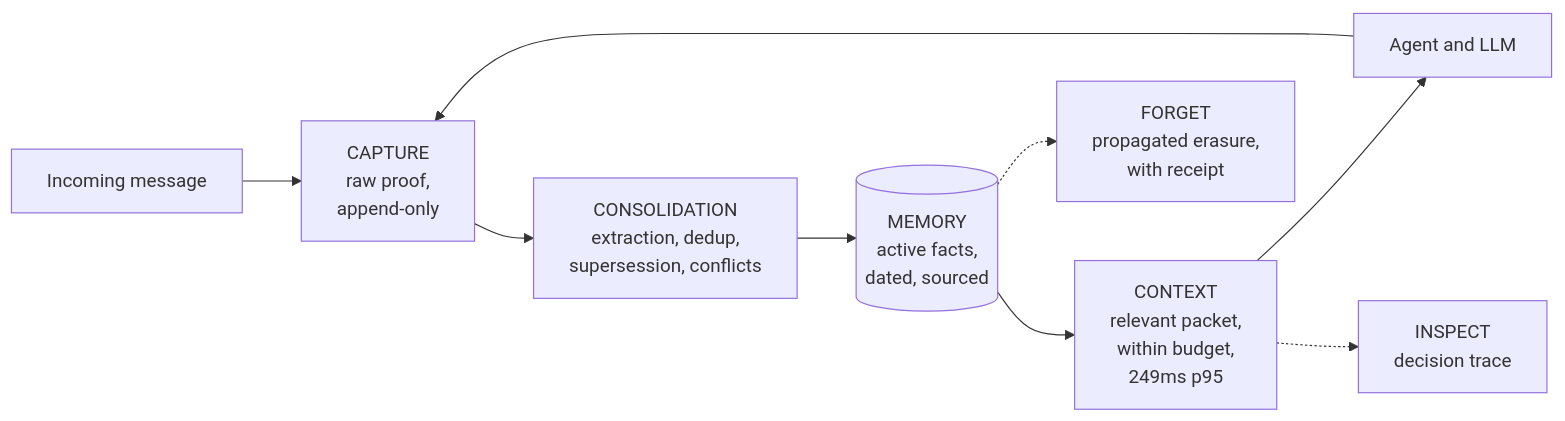
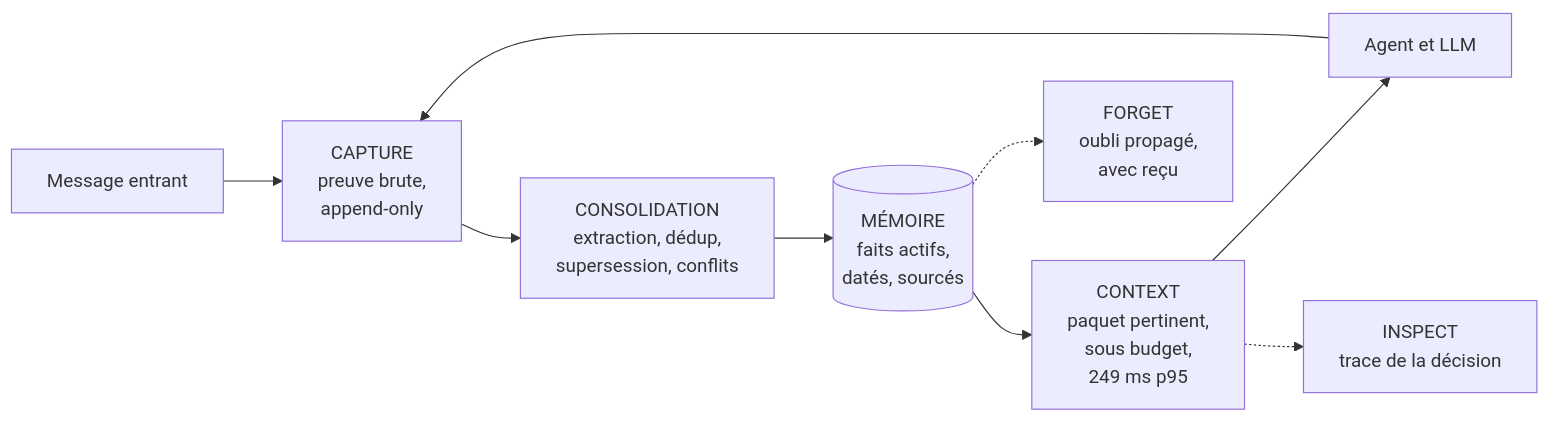
Before and after one commit to GetHaki/Haki: the diagram in README.md, drawn with Mermaid. The commit also changed other lines of this file and 14 other files, not shown here.

````diff
--- a/README.md
+++ b/README.md
@@ -226,11 +379,11 @@
 ```mermaid
 flowchart LR
-    A[Incoming message] --> B[CAPTURE<br/>raw proof,<br/>append-only]
-    B --> C[CONSOLIDATION<br/>extraction, dedup,<br/>supersession, conflicts]
-    C --> D[(MEMORY<br/>active facts,<br/>dated, sourced)]
-    D --> E[CONTEXT<br/>relevant packet,<br/>within budget,<br/>249ms p95]
-    E --> F[Agent and LLM]
+    A[Message entrant] --> B[CAPTURE<br/>preuve brute,<br/>append-only]
+    B --> C[CONSOLIDATION<br/>extraction, dédup,<br/>supersession, conflits]
+    C --> D[(MÉMOIRE<br/>faits actifs,<br/>datés, sourcés)]
+    D --> E[CONTEXT<br/>paquet pertinent,<br/>sous budget,<br/>249 ms p95]
+    E --> F[Agent et LLM]
     F --> B
-    E -.-> G[INSPECT<br/>decision trace]
-    D -.-> H[FORGET<br/>propagated erasure,<br/>with receipt]
+    E -.-> G[INSPECT<br/>trace de la décision]
+    D -.-> H[FORGET<br/>oubli propagé,<br/>avec reçu]
 ```
````
